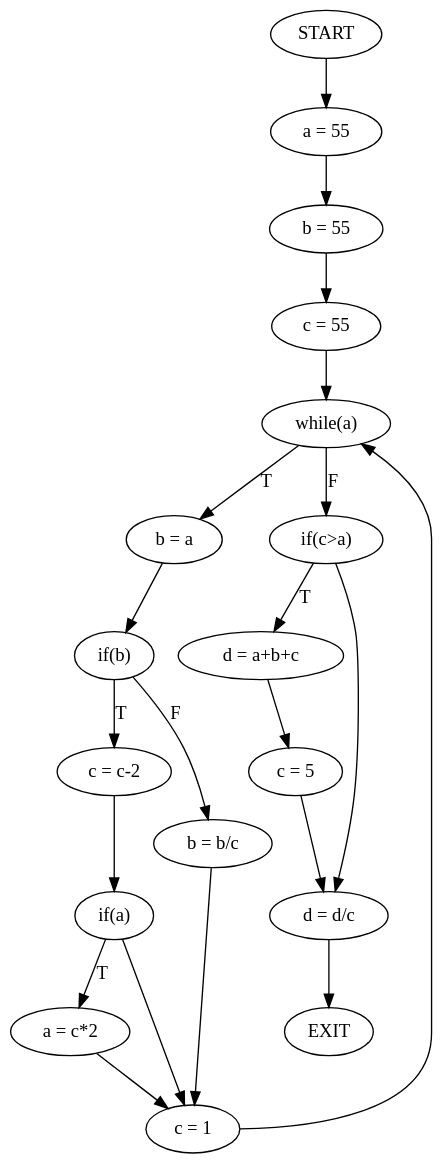
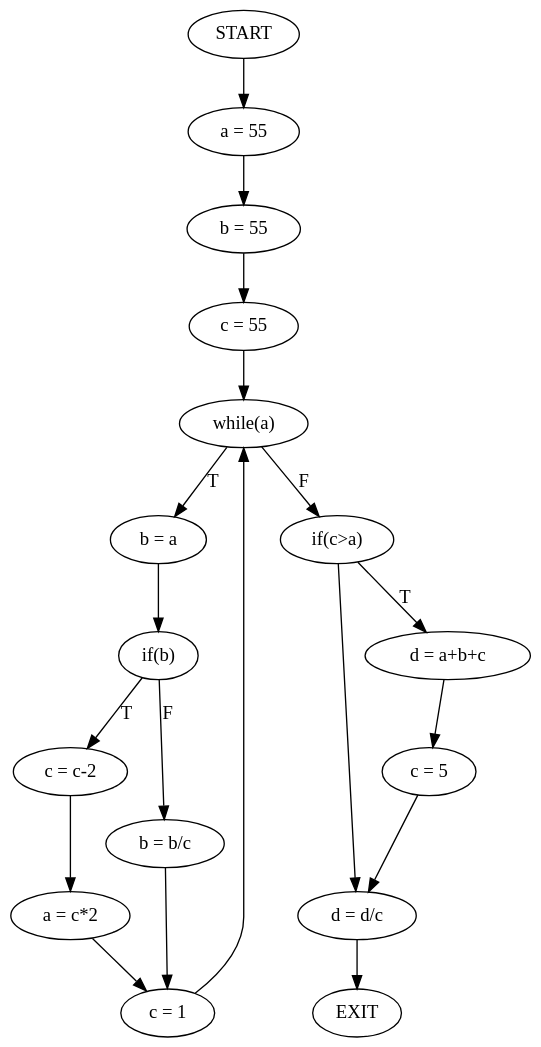
Before and after one commit to MiguelCosta/EngenhariaDeLinguagens: the diagram in ATS/Fichas/Cmb/Gramatica/output/cfg.gv, drawn with Graphviz. The commit also changed 33 other files, not shown here.

```diff
--- a/ATS/Fichas/Cmb/Gramatica/output/cfg.gv
+++ b/ATS/Fichas/Cmb/Gramatica/output/cfg.gv
@@ -1,23 +1,21 @@
 digraph mainmap {
 graph [bgcolor=transparent];
 "START" -> "a = 55";
 	"a = 55" -> "b = 55";
 	"b = 55" -> "c = 55";
 	"c = 55" -> "while(a)";
 	"while(a)" -> "b = a"[label="T"];
 	"while(a)" -> "if(c>a)"[label="F"];
 	"b = a" -> "if(b)";
 	"if(b)" -> "c = c-2"[label="T"];
 	"if(b)" -> "b = b/c"[label="F"];
-	"c = c-2" -> "if(a)";
-	"if(a)" -> "a = c*2"[label="T"];
-	"if(a)" -> "c = 1";
+	"c = c-2" -> "a = c*2";
 	"a = c*2" -> "c = 1";
 	"b = b/c" -> "c = 1";
 	"c = 1" -> "while(a)";
 	"if(c>a)" -> "d = a+b+c"[label="T"];
 	"if(c>a)" -> "d = d/c";
 	"d = a+b+c" -> "c = 5";
 	"c = 5" -> "d = d/c";
 	"d = d/c" -> "EXIT";
 	}
```
